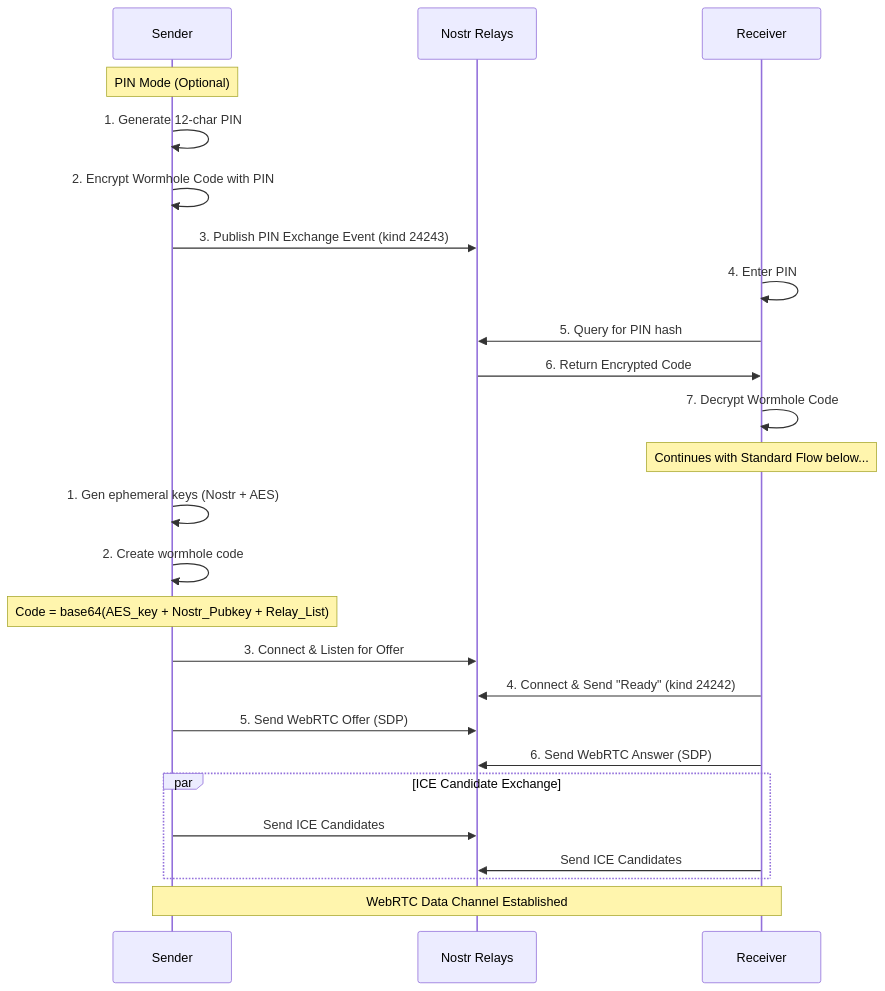
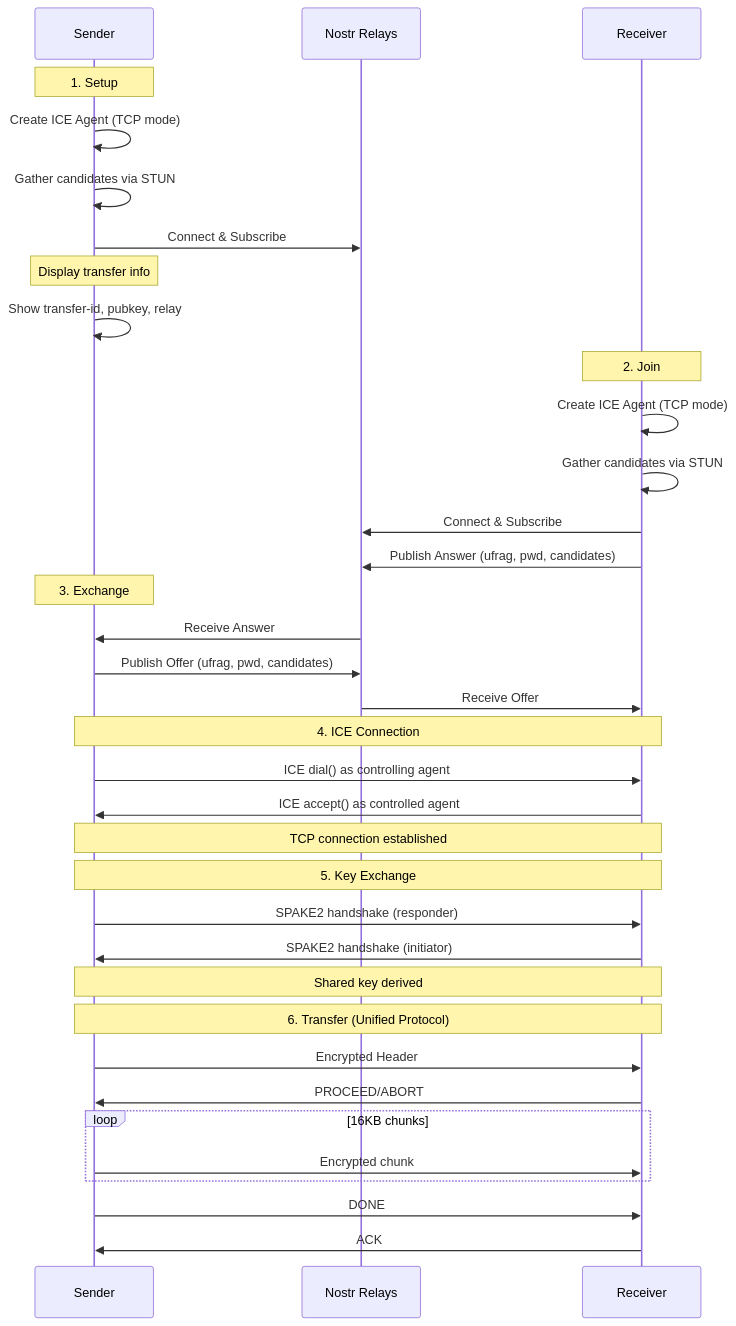
Before and after one commit to andrewtheguy/wormhole-rs: the diagram in crates/wormhole-rs-webrtc/docs/ARCHITECTURE.md, drawn with Mermaid. The commit also changed other lines of this file and 21 other files, not shown here.

````diff
--- a/crates/wormhole-rs-webrtc/docs/ARCHITECTURE.md
+++ b/crates/wormhole-rs-webrtc/docs/ARCHITECTURE.md
@@ -13,36 +21,44 @@
 ```mermaid
 sequenceDiagram
     participant Sender
-    participant Relays as Nostr Relays
+    participant Nostr as Nostr Relays
     participant Receiver
 
-    Note over Sender: PIN Mode (Optional)
+    Note over Sender: 1. Setup
+    Sender->>Sender: Create ICE Agent (TCP mode)
+    Sender->>Sender: Gather candidates via STUN
+    Sender->>Nostr: Connect & Subscribe
 
-    Sender->>Sender: 1. Generate 12-char PIN
-    Sender->>Sender: 2. Encrypt Wormhole Code with PIN
-    Sender->>Relays: 3. Publish PIN Exchange Event (kind 24243)
+    Note over Sender: Display transfer info
+    Sender->>Sender: Show transfer-id, pubkey, relay
 
-    Receiver->>Receiver: 4. Enter PIN
-    Receiver->>Relays: 5. Query for PIN hash
-    Relays->>Receiver: 6. Return Encrypted Code
-    Receiver->>Receiver: 7. Decrypt Wormhole Code
+    Note over Receiver: 2. Join
+    Receiver->>Receiver: Create ICE Agent (TCP mode)
+    Receiver->>Receiver: Gather candidates via STUN
+    Receiver->>Nostr: Connect & Subscribe
+    Receiver->>Nostr: Publish Answer (ufrag, pwd, candidates)
 
-    Note over Receiver: Continues with Standard Flow below...
+    Note over Sender: 3. Exchange
+    Nostr->>Sender: Receive Answer
+    Sender->>Nostr: Publish Offer (ufrag, pwd, candidates)
+    Nostr->>Receiver: Receive Offer
 
-    Sender->>Sender: 1. Gen ephemeral keys (Nostr + AES)
-    Sender->>Sender: 2. Create wormhole code
-    Note over Sender: Code = base64(AES_key + Nostr_Pubkey + Relay_List)
+    Note over Sender,Receiver: 4. ICE Connection
+    Sender->>Receiver: ICE dial() as controlling agent
+    Receiver->>Sender: ICE accept() as controlled agent
+    Note over Sender,Receiver: TCP connection established
 
-    Sender->>Relays: 3. Connect & Listen for Offer
+    Note over Sender,Receiver: 5. Key Exchange
+    Sender->>Receiver: SPAKE2 handshake (responder)
+    Receiver->>Sender: SPAKE2 handshake (initiator)
+    Note over Sender,Receiver: Shared key derived
 
-    Receiver->>Relays: 4. Connect & Send "Ready" (kind 24242)
-    Sender->>Relays: 5. Send WebRTC Offer (SDP)
-    Receiver->>Relays: 6. Send WebRTC Answer (SDP)
-
-    par ICE Candidate Exchange
-        Sender->>Relays: Send ICE Candidates
-        Receiver->>Relays: Send ICE Candidates
+    Note over Sender,Receiver: 6. Transfer (Unified Protocol)
+    Sender->>Receiver: Encrypted Header
+    Receiver->>Sender: PROCEED/ABORT
+    loop 16KB chunks
+        Sender->>Receiver: Encrypted chunk
     end
-
-    Note over Sender,Receiver: WebRTC Data Channel Established
+    Sender->>Receiver: DONE
+    Receiver->>Sender: ACK
 ```
````
